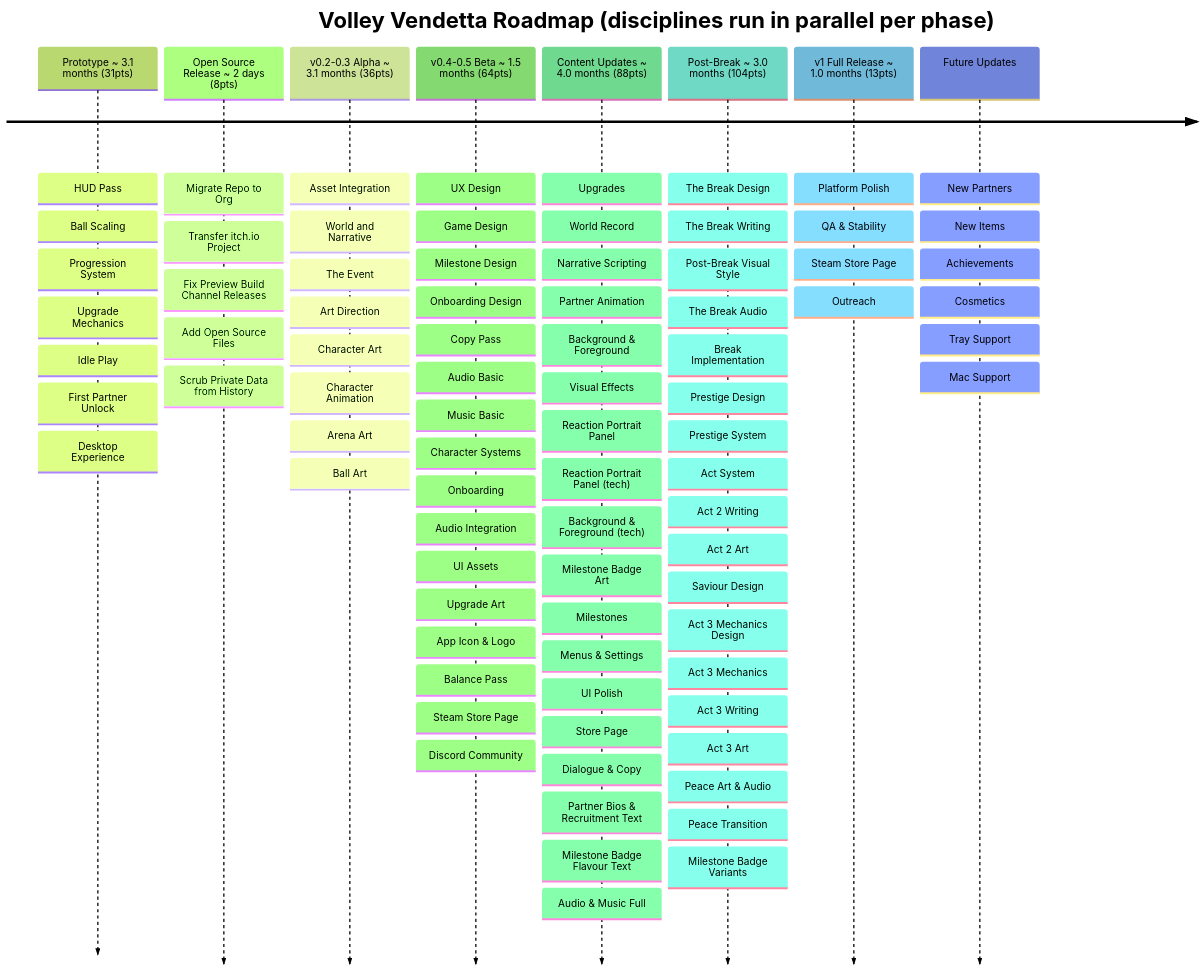
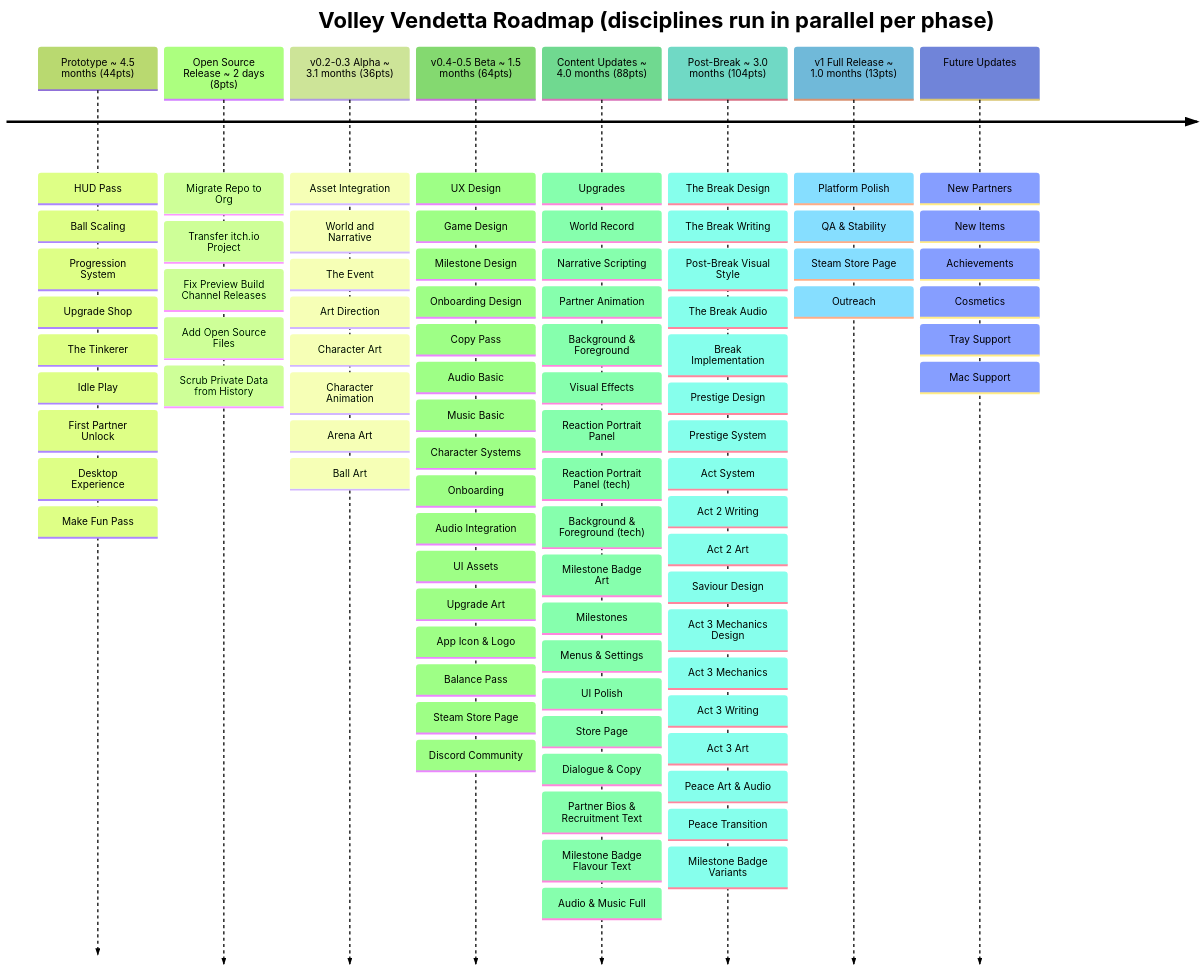
The diagram in designs/roadmap.md (shuck-dev/volley), drawn with Mermaid (forest theme) before and after one commit. The commit also changed 7 other files, not shown here.

```diff
--- a/designs/roadmap.md
+++ b/designs/roadmap.md
@@ -4,14 +4,16 @@
 timeline
     title Volley Vendetta Roadmap (disciplines run in parallel per phase)
 
-    Prototype ~ 3.1 months (31pts)
+    Prototype ~ 4.5 months (44pts)
         : HUD Pass
         : Ball Scaling
         : Progression System
-        : Upgrade Mechanics
+        : Upgrade Shop
+        : The Tinkerer
         : Idle Play
         : First Partner Unlock
         : Desktop Experience
+        : Make Fun Pass
 
     Open Source Release ~ 2 days (8pts)
         : Migrate Repo to Org
```
